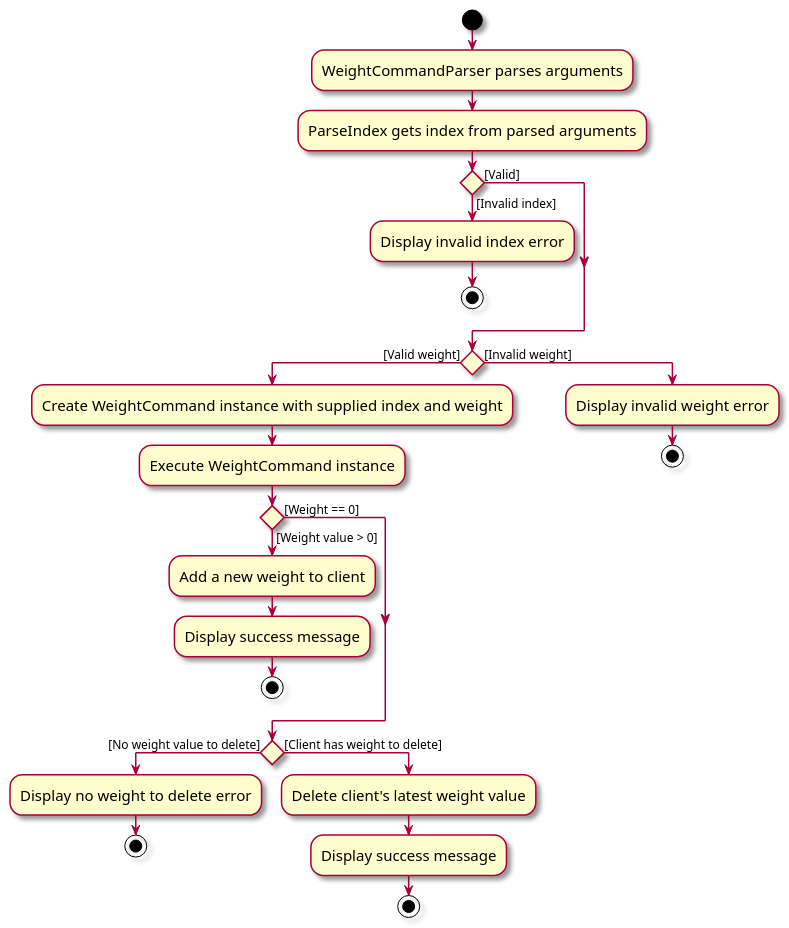
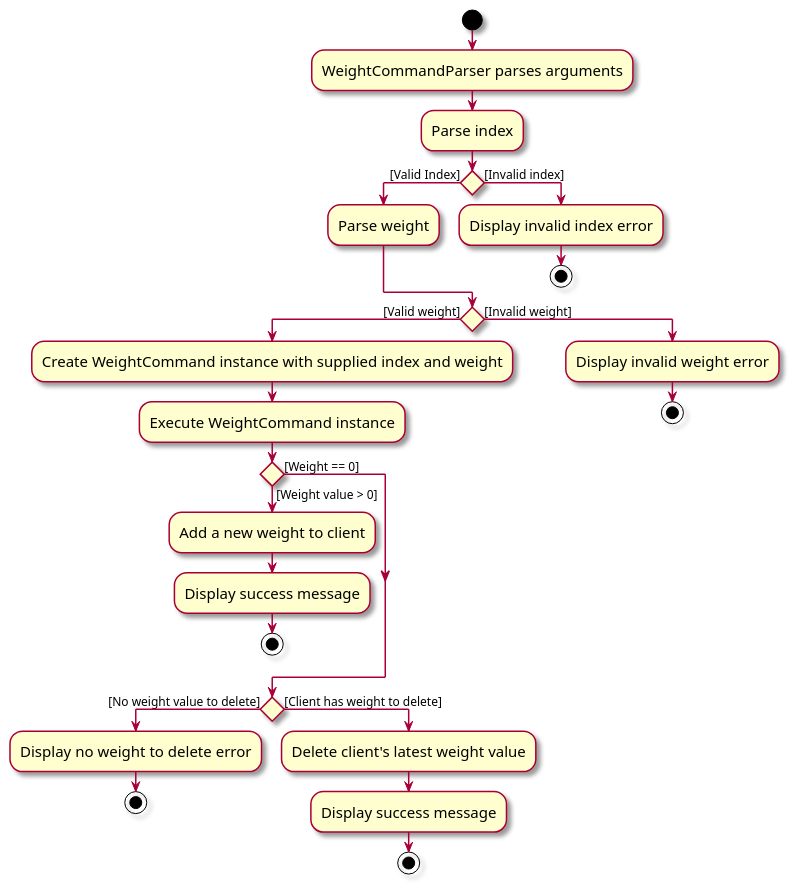
One commit to bgopi23/tp changed the diagram in docs/diagrams/WeightCommandActivityDiagram.puml. Above: the diagram before and after it, drawn with PlantUML. The commit also changed 1 other file, not shown here.

Commit message:
Update weight command actvitiy diagram

```diff
--- a/docs/diagrams/WeightCommandActivityDiagram.puml
+++ b/docs/diagrams/WeightCommandActivityDiagram.puml
@@ -1,40 +1,41 @@
 @startuml
 skin rose
 skinparam ActivityFontSize 15
 skinparam ArrowFontSize 12
 start
 :WeightCommandParser parses arguments;
-:ParseIndex gets index from parsed arguments;
-if () then ([Valid])
+:Parse index;
+if () then ([Valid Index])
+    :Parse weight;
 else ([Invalid index])
     :Display invalid index error;
     stop
 endif
 
 if () then ([Valid weight])
     :Create WeightCommand instance with supplied index and weight;
     :Execute WeightCommand instance;
 
 if () then ([Weight == 0])
 
 else ([Weight value > 0])
     :Add a new weight to client;
     :Display success message;
     stop
 endif
 
 if () then ([No weight value to delete])
     :Display no weight to delete error;
     stop
 else ([Client has weight to delete])
     :Delete client's latest weight value;
     :Display success message;
     stop
 endif
 
 else ([Invalid weight])
     :Display invalid weight error;
     stop
 endif
 
 @enduml
```
